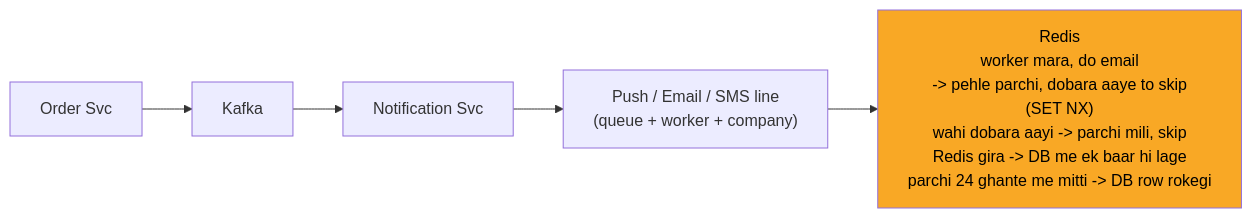
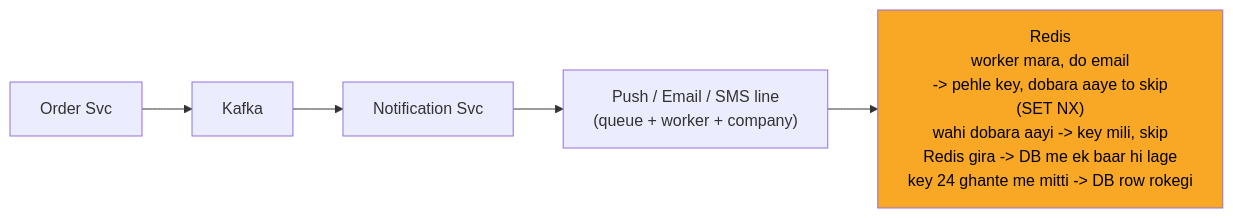
Before and after one commit to ArpanMaheshwari144/Prep: the fourth of 13 diagrams in 04_HLD/SYSTEM_DESIGNS/04_notification_system/04_notification_system.md, drawn with Mermaid. The commit also changed other lines of this file and 12 other files, not shown here.

````diff
--- a/04_HLD/SYSTEM_DESIGNS/04_notification_system/04_notification_system.md
+++ b/04_HLD/SYSTEM_DESIGNS/04_notification_system/04_notification_system.md
@@ -175,14 +175,14 @@
 ```mermaid
 %%{init: {"flowchart": {"wrappingWidth": 450}}}%%
 flowchart LR
     n_Order_Svc["Order Svc"]
     n_Kafka["Kafka"]
     n_Notification_Svc["Notification Svc"]
     n_LINES["Push / Email / SMS line<br/>(queue + worker + company)"]
-    n_Redis["Redis<br/>worker mara, do email<br/>-> pehle parchi, dobara aaye to skip<br/>(SET NX)<br/>wahi dobara aayi -> parchi mili, skip<br/>Redis gira -> DB me ek baar hi lage<br/>parchi 24 ghante me mitti -> DB row rokegi"]
+    n_Redis["Redis<br/>worker mara, do email<br/>-> pehle key, dobara aaye to skip<br/>(SET NX)<br/>wahi dobara aayi -> key mili, skip<br/>Redis gira -> DB me ek baar hi lage<br/>key 24 ghante me mitti -> DB row rokegi"]
     n_Order_Svc --> n_Kafka
     n_Kafka --> n_Notification_Svc
     n_Notification_Svc --> n_LINES
     n_LINES --> n_Redis
     style n_Redis fill:#f9a825,color:#000
 ```
````
